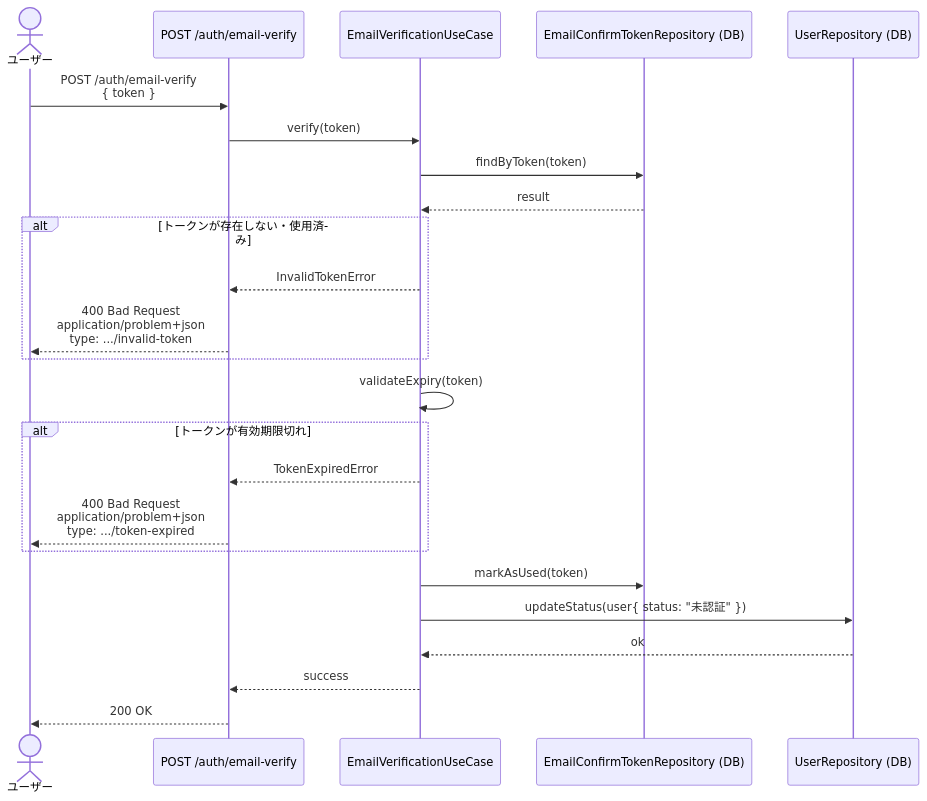
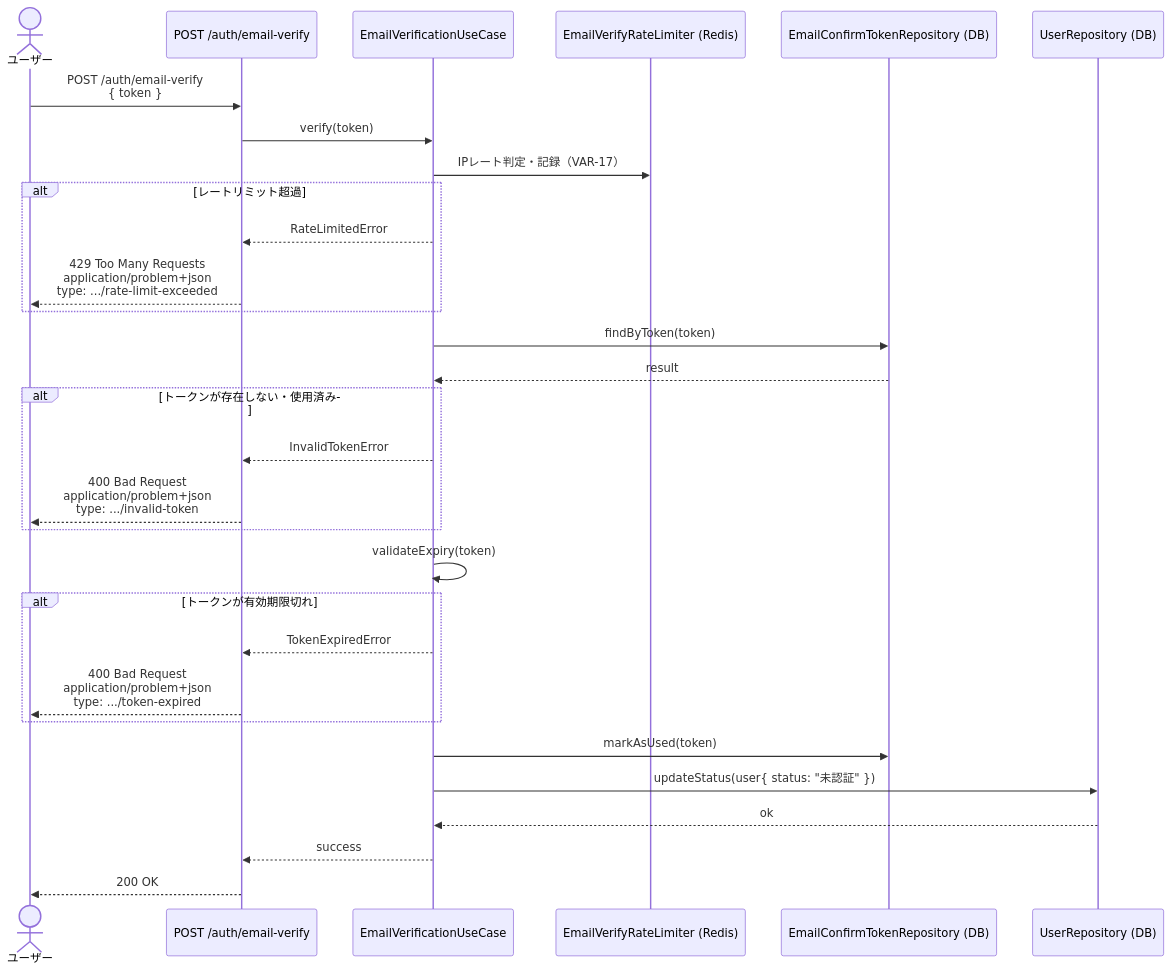
One commit to suunet/POC_HYDRA_AUTH changed the second of 2 diagrams in .docs/design/buc/BUC-U02.md. Above: the diagram before and after it, drawn with Mermaid. The commit also changed other lines of this file and 4 other files, not shown here.

````diff
--- a/.docs/design/buc/BUC-U02.md
+++ b/.docs/design/buc/BUC-U02.md
@@ -87,26 +96,32 @@
 ```mermaid
 sequenceDiagram
   actor ユーザー as ユーザー
   participant 確認API as POST /auth/email-verify
   participant ユースケース as EmailVerificationUseCase
+  participant レート制限 as EmailVerifyRateLimiter (Redis)
   participant 確認トークンRepo as EmailConfirmTokenRepository (DB)
   participant ユーザーRepo as UserRepository (DB)
   ユーザー->>確認API: POST /auth/email-verify<br/>{ token }
   確認API->>ユースケース: verify(token)
+  ユースケース->>レート制限: IPレート判定・記録（VAR-17）
+  alt レートリミット超過
+  ユースケース-->>確認API: RateLimitedError
+  確認API-->>ユーザー: 429 Too Many Requests<br/>application/problem+json<br/>type: .../rate-limit-exceeded
+  end
   ユースケース->>確認トークンRepo: findByToken(token)
   確認トークンRepo-->>ユースケース: result
   alt トークンが存在しない・使用済み
   ユースケース-->>確認API: InvalidTokenError
   確認API-->>ユーザー: 400 Bad Request<br/>application/problem+json<br/>type: .../invalid-token
   end
   ユースケース->>ユースケース: validateExpiry(token)
   alt トークンが有効期限切れ
   ユースケース-->>確認API: TokenExpiredError
   確認API-->>ユーザー: 400 Bad Request<br/>application/problem+json<br/>type: .../token-expired
   end
   ユースケース->>確認トークンRepo: markAsUsed(token)
   ユースケース->>ユーザーRepo: updateStatus(user{ status: "未認証" })
   ユーザーRepo-->>ユースケース: ok
   ユースケース-->>確認API: success
   確認API-->>ユーザー: 200 OK
 ```
````
